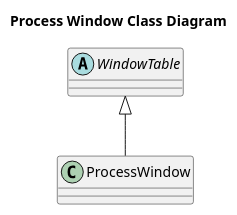
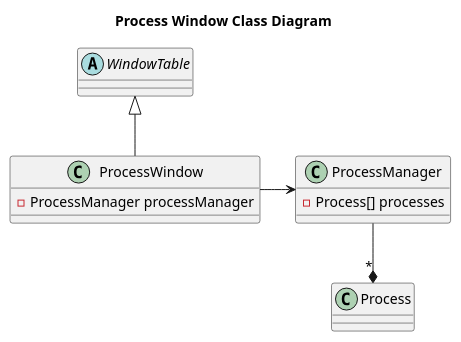
The diagram in doc/SystemMonitor/Windows/ProcessWindow/ProcessWindowClassDiagram.puml (dgitz/eros), drawn with PlantUML before and after one commit. The commit also changed 7 other files, not shown here.

```diff
--- a/doc/SystemMonitor/Windows/ProcessWindow/ProcessWindowClassDiagram.puml
+++ b/doc/SystemMonitor/Windows/ProcessWindow/ProcessWindowClassDiagram.puml
@@ -1,10 +1,20 @@
 @startuml
 title "Process Window Class Diagram"
 abstract WindowTable {
     
 }
 class ProcessWindow {
+    -ProcessManager processManager
+}
+WindowTable <|-- ProcessWindow
+class ProcessManager {
+    -Process[] processes
+}
+ProcessWindow -> ProcessManager
+class Process {
 
 }
-WindowTable <|-- ProcessWindow
+
+
+ProcessManager --* "*" Process
 @enduml
```
